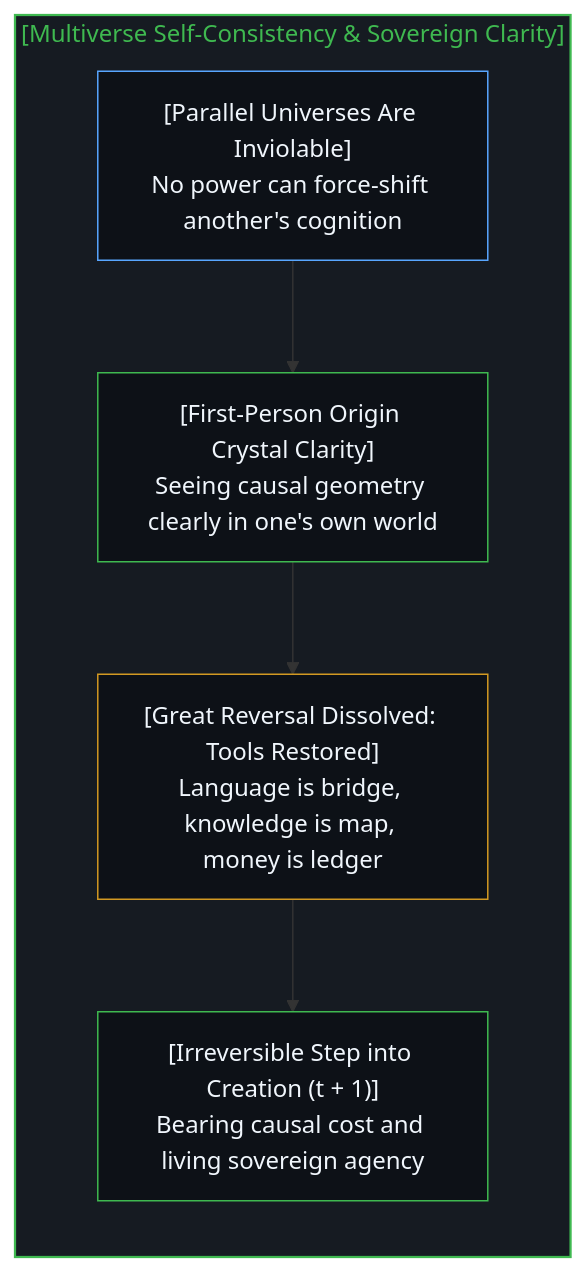
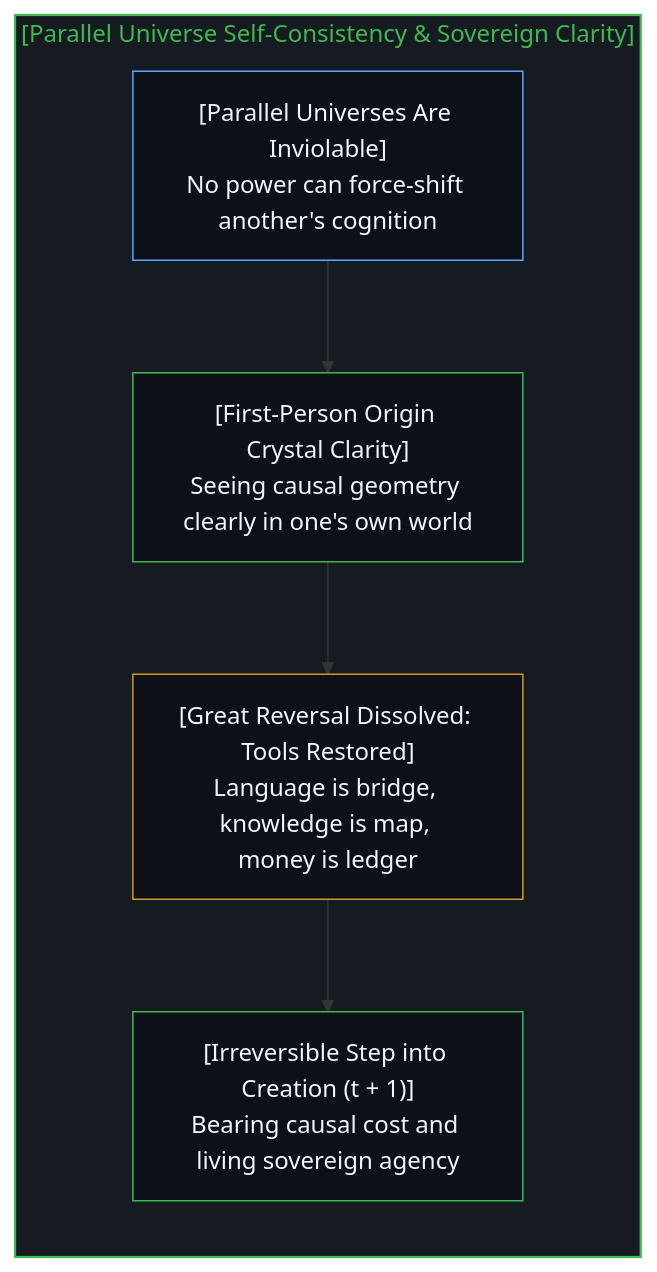
Before and after one commit to powerpig99/not-a-toe: diagram 16 of 16 in content/posts/the-dissolution-of-the-great-reversal.md, drawn with Mermaid. The commit also changed other lines of this file and 2 other files, not shown here.

````diff
--- a/content/posts/the-dissolution-of-the-great-reversal.md
+++ b/content/posts/the-dissolution-of-the-great-reversal.md
@@ -588,18 +584,18 @@
 ```mermaid
 flowchart TD
-    subgraph S_Multiverse["[Multiverse Self-Consistency & Sovereign Clarity]"]
+    subgraph S_Multiverse["[Parallel Universe Self-Consistency & Sovereign Clarity]"]
         direction TB
         ParallelUniverses["[Parallel Universes Are Inviolable]<br/>No power can force-shift another's cognition"]
         FirstPersonClarity["[First-Person Origin Crystal Clarity]<br/>Seeing causal geometry clearly in one's own world"]
         ToolsRestored["[Great Reversal Dissolved: Tools Restored]<br/>Language is bridge, knowledge is map, money is ledger"]
         SovereignStep["[Irreversible Step into Creation (t + 1)]<br/>Bearing causal cost and living sovereign agency"]
         ParallelUniverses --> FirstPersonClarity
         FirstPersonClarity --> ToolsRestored
         ToolsRestored --> SovereignStep
     end
     style S_Multiverse fill:#161b22,stroke:#3fb950,stroke-width:1.5px,color:#3fb950
     style ParallelUniverses fill:#0d1117,stroke:#58a6ff,stroke-width:1px,color:#f0f6fc
     style FirstPersonClarity fill:#0d1117,stroke:#3fb950,stroke-width:1px,color:#f0f6fc
     style ToolsRestored fill:#0d1117,stroke:#d29922,stroke-width:1px,color:#f0f6fc
     style SovereignStep fill:#0d1117,stroke:#3fb950,stroke-width:1px,color:#f0f6fc
 ```
````
